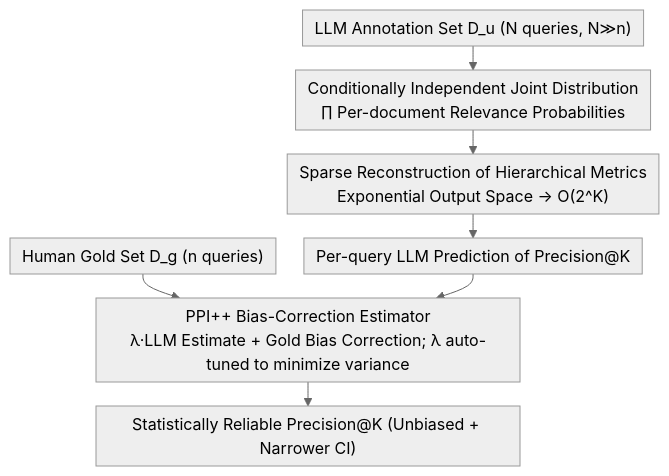
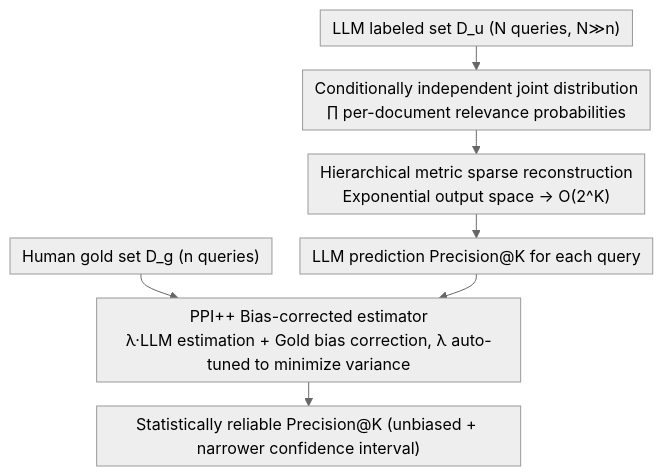
The diagram in docs/ACL2026/llm_evaluation/statistically_reliable_llm-based_ranking_evaluation_via_prediction-powered_infer.md (zhaoyang97/Paper-Notes-en), drawn with Mermaid (neutral theme) before and after one commit. The commit also changed other lines of this file and 5084 other files, not shown here.

````diff
--- a/docs/ACL2026/llm_evaluation/statistically_reliable_llm-based_ranking_evaluation_via_prediction-powered_infer.md
+++ b/docs/ACL2026/llm_evaluation/statistically_reliable_llm-based_ranking_evaluation_via_prediction-powered_infer.md
@@ -39,11 +39,11 @@
 ```mermaid
 %%{init: {'flowchart': {'rankSpacing': 24, 'nodeSpacing': 28, 'padding': 6, 'wrappingWidth': 400}}}%%
 flowchart TD
-    A["LLM Annotation Set D_u (N queries, N≫n)"] --> B
-    G["Human Gold Set D_g (n queries)"] --> E
-    B["Conditionally Independent Joint Distribution<br/>∏ Per-document Relevance Probabilities"] --> C
-    C["Sparse Reconstruction of Hierarchical Metrics<br/>Exponential Output Space → O(2^K)"] --> D
-    D["Per-query LLM Prediction of Precision@K"] --> E
-    E["PPI++ Bias-Correction Estimator<br/>λ·LLM Estimate + Gold Bias Correction; λ auto-tuned to minimize variance"] --> F
-    F["Statistically Reliable Precision@K (Unbiased + Narrower CI)"]
+    A["LLM labeled set D_u (N queries, N≫n)"] --> B
+    G["Human gold set D_g (n queries)"] --> E
+    B["Conditionally independent joint distribution<br/>∏ per-document relevance probabilities"] --> C
+    C["Hierarchical metric sparse reconstruction<br/>Exponential output space → O(2^K)"] --> D
+    D["LLM prediction Precision@K for each query"] --> E
+    E["PPI++ Bias-corrected estimator<br/>λ·LLM estimation + Gold bias correction, λ auto-tuned to minimize variance"] --> F
+    F["Statistically reliable Precision@K (unbiased + narrower confidence interval)"]
 ```
````
